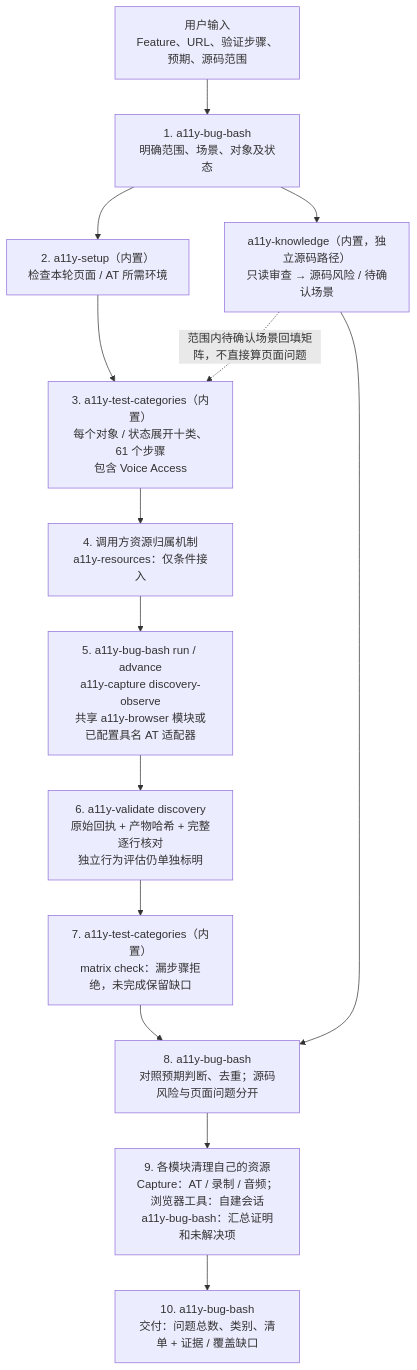
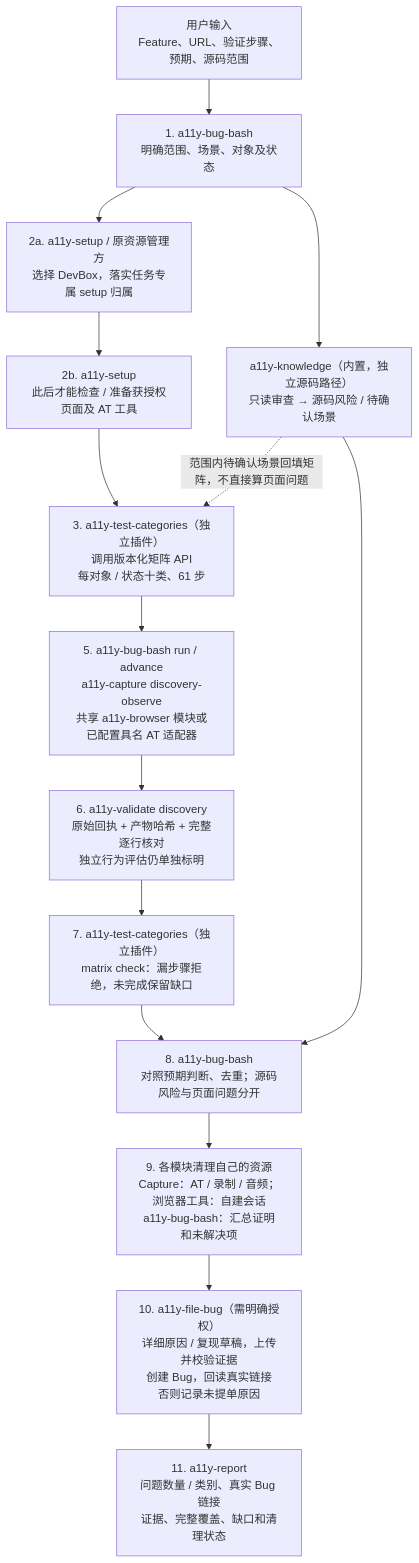
The first of 2 diagrams in docs/BUG-BASH-ARCHITECTURE.zh-CN.md (kaixun96/dev.A11yAssist), drawn with Mermaid before and after one commit. The commit also changed other lines of this file and 907 other files, not shown here.

Commit message:
Split Bug Bash setup, filing, reporting and category ownership

````diff
--- a/docs/BUG-BASH-ARCHITECTURE.zh-CN.md
+++ b/docs/BUG-BASH-ARCHITECTURE.zh-CN.md
@@ -51,20 +51,21 @@
 ```mermaid
 flowchart TD
     U["用户输入<br/>Feature、URL、验证步骤、预期、源码范围"]
     P["1. a11y-bug-bash<br/>明确范围、场景、对象及状态"]
-    S["2. a11y-setup（内置）<br/>检查本轮页面 / AT 所需环境"]
-    C["3. a11y-test-categories（内置）<br/>每个对象 / 状态展开十类、61 个步骤<br/>包含 Voice Access"]
-    R["4. 调用方资源归属机制<br/>a11y-resources：仅条件接入"]
+    R["2a. a11y-setup / 原资源管理方<br/>选择 DevBox，落实任务专属 setup 归属"]
+    S["2b. a11y-setup<br/>此后才能检查 / 准备获授权页面及 AT 工具"]
+    C["3. a11y-test-categories（独立插件）<br/>调用版本化矩阵 API<br/>每对象 / 状态十类、61 步"]
     E["5. a11y-bug-bash run / advance<br/>a11y-capture discovery-observe<br/>共享 a11y-browser 模块或已配置具名 AT 适配器"]
     K["a11y-knowledge（内置，独立源码路径）<br/>只读审查 → 源码风险 / 待确认场景"]
     V["6. a11y-validate discovery<br/>原始回执 + 产物哈希 + 完整逐行核对<br/>独立行为评估仍单独标明"]
-    G["7. a11y-test-categories（内置）<br/>matrix check：漏步骤拒绝，未完成保留缺口"]
+    G["7. a11y-test-categories（独立插件）<br/>matrix check：漏步骤拒绝，未完成保留缺口"]
     A["8. a11y-bug-bash<br/>对照预期判断、去重；源码风险与页面问题分开"]
     O["9. 各模块清理自己的资源<br/>Capture：AT / 录制 / 音频；浏览器工具：自建会话<br/>a11y-bug-bash：汇总证明和未解决项"]
-    F["10. a11y-bug-bash<br/>交付：问题总数、类别、清单 + 证据 / 覆盖缺口"]
+    B["10. a11y-file-bug（需明确授权）<br/>详细原因 / 复现草稿，上传并校验证据<br/>创建 Bug，回读真实链接<br/>否则记录未提单原因"]
+    F["11. a11y-report<br/>问题数量 / 类别、真实 Bug 链接<br/>证据、完整覆盖、缺口和清理状态"]
     U --> P
-    P --> S --> C --> R --> E --> V --> G --> A --> O --> F
+    P --> R --> S --> C --> E --> V --> G --> A --> O --> B --> F
     P --> K
     K --> A
     K -. "范围内待确认场景回填矩阵，不直接算页面问题" .-> C
 ```
````
